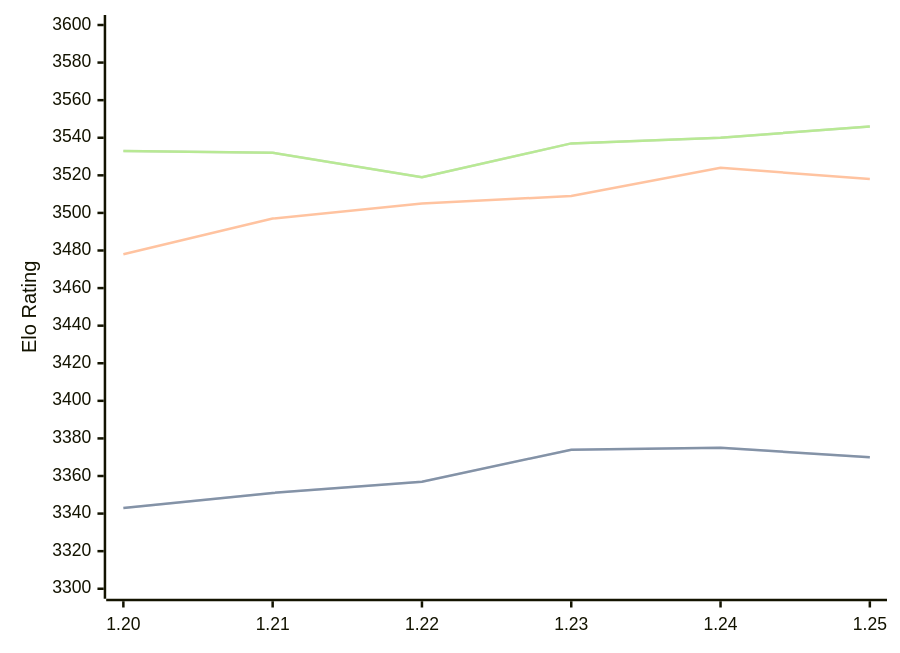
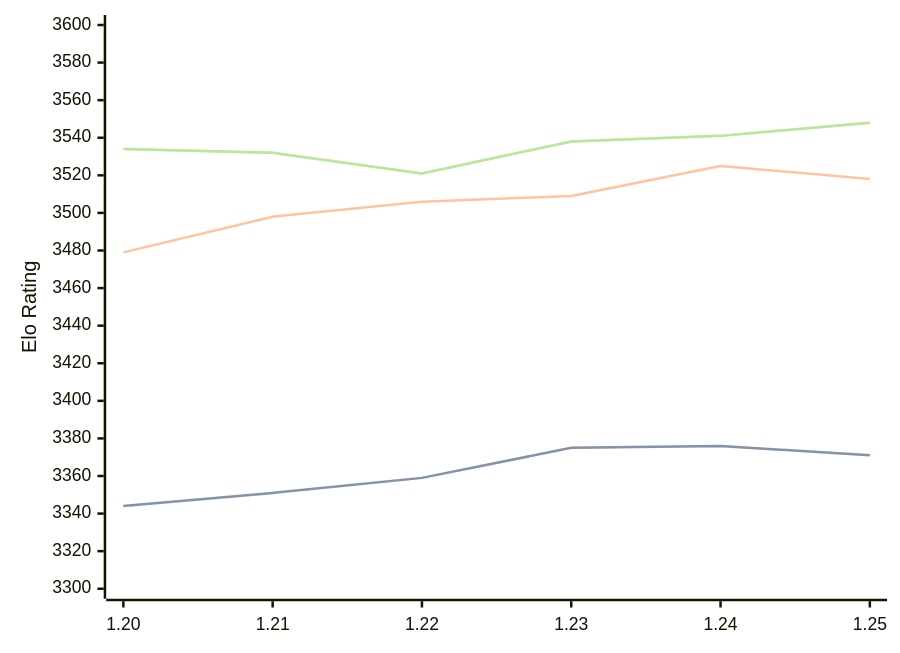
Before and after one commit to computer-chess-index/cci: the diagram in engines/Caissa.md, drawn with Mermaid. The commit also changed other lines of this file, not shown here.

Commit message:
Update CCI Ratings (ELO VLTC) - 2026-07-23

````diff
--- a/engines/Caissa.md
+++ b/engines/Caissa.md
@@ -65,11 +65,11 @@
 ```mermaid
 %%{init: {"theme":"base","themeVariables":{"seriesColors:['#a3a3a3','#222221','#faa371']}}}%%
 xychart-beta
   x-axis ["1.20", "1.21", "1.22", "1.23", "1.24", "1.25"]
   y-axis "Elo Rating" 3300 --> 3600
-  line "STC (8.0+0.08s)" [3343, 3351, 3357, 3374, 3375, 3370]
-  line "STC (8.0+0.08s)" [3343, 3351, 3357, 3374, 3375, 3370]
-  line "LTC (60.0+0.60s)" [3478, 3497, 3505, 3509, 3524, 3518]
-  line "VLTC (2m24s+1.12s)" [3533, 3532, 3519, 3537, 3540, 3546]
-  line "VLTC (2m24s+1.12s)" [3533, 3532, 3519, 3537, 3540, 3546]
+  line "STC (8.0+0.08s)" [3344, 3351, 3359, 3375, 3376, 3371]
+  line "STC (8.0+0.08s)" [3344, 3351, 3359, 3375, 3376, 3371]
+  line "LTC (60.0+0.60s)" [3479, 3498, 3506, 3509, 3525, 3518]
+  line "VLTC (2m24s+1.12s)" [3534, 3532, 3521, 3538, 3541, 3548]
+  line "VLTC (2m24s+1.12s)" [3534, 3532, 3521, 3538, 3541, 3548]
 ```
````
